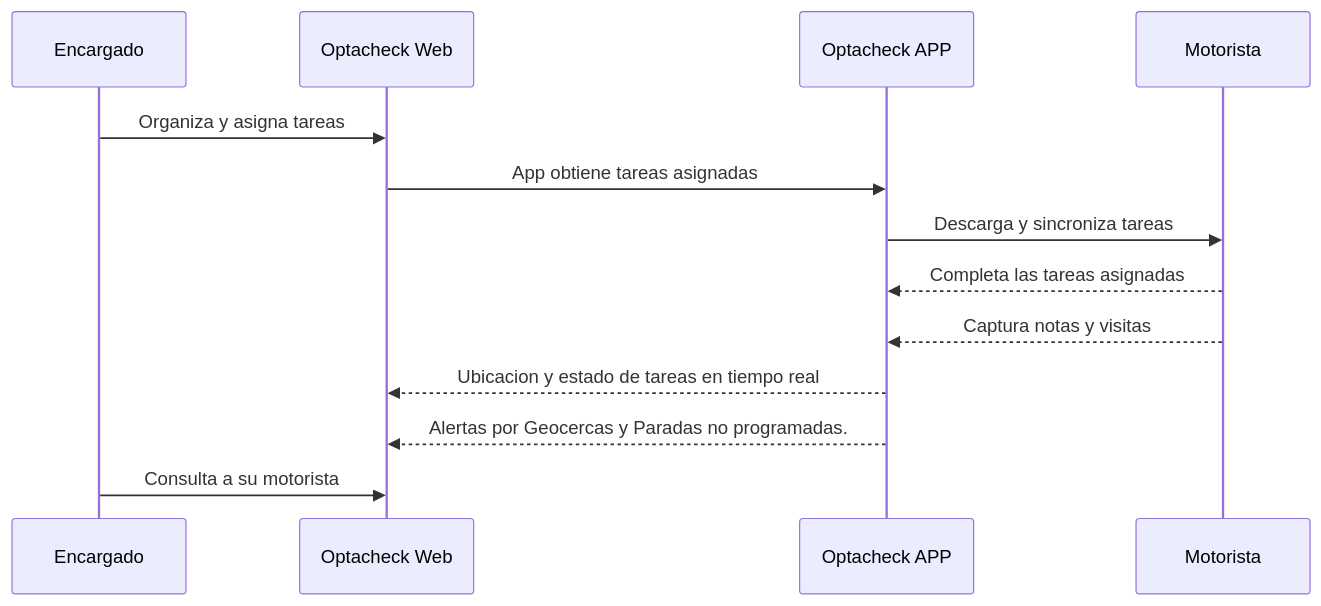
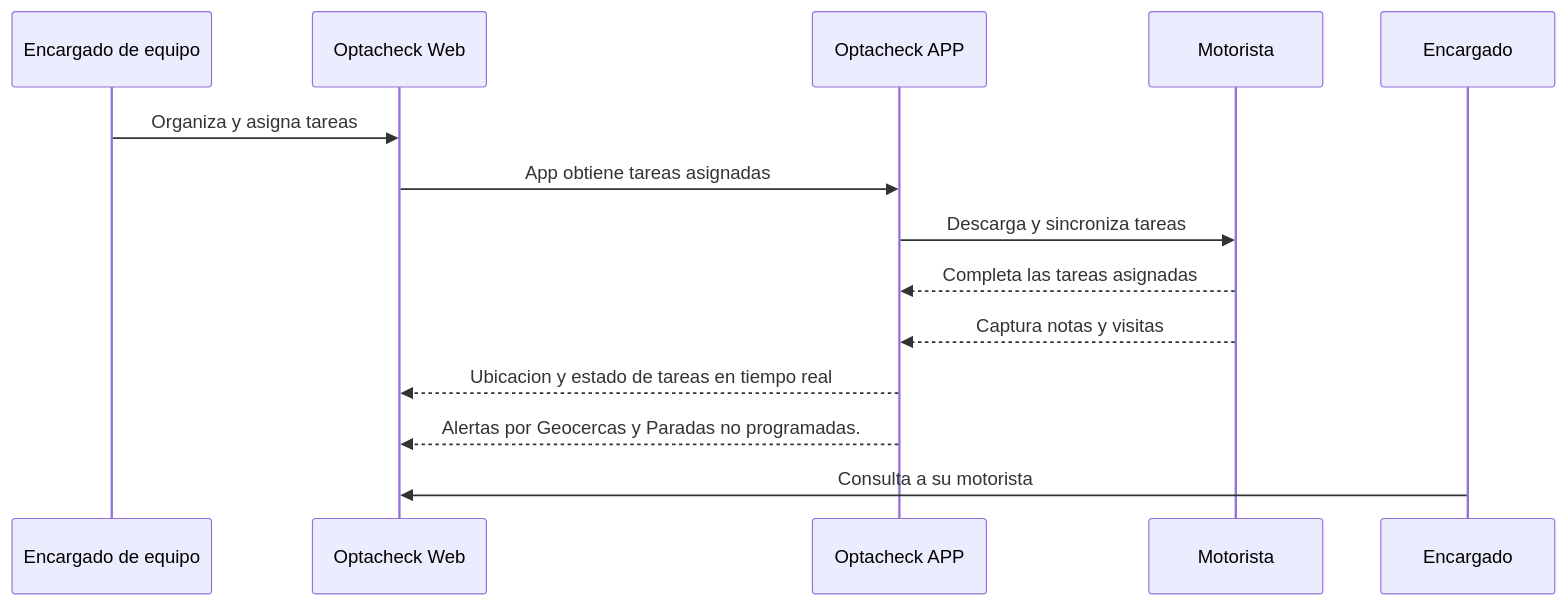
The diagram in docs-v1/tutorial-espanol/index.md (vicvicvar/hook-public-docs), drawn with Mermaid before and after one commit. The commit also changed other lines of this file, not shown here.

````diff
--- a/docs-v1/tutorial-espanol/index.md
+++ b/docs-v1/tutorial-espanol/index.md
@@ -6,12 +6,12 @@
 ```mermaid
 sequenceDiagram
-Encargado ->> Optacheck Web: Organiza y asigna tareas
+Encargado de equipo ->> Optacheck Web: Organiza y asigna tareas
 Optacheck Web ->> Optacheck APP: App obtiene tareas asignadas
 Optacheck APP ->> Motorista: Descarga y sincroniza tareas
 Motorista -->> Optacheck APP: Completa las tareas asignadas 
 Motorista -->> Optacheck APP: Captura notas y visitas
 
 Optacheck APP-->>Optacheck Web: Ubicacion y estado de tareas en tiempo real
 Optacheck APP-->>Optacheck Web: Alertas por Geocercas y Paradas no programadas.
 Encargado ->> Optacheck Web: Consulta a su motorista 
 ```
````
